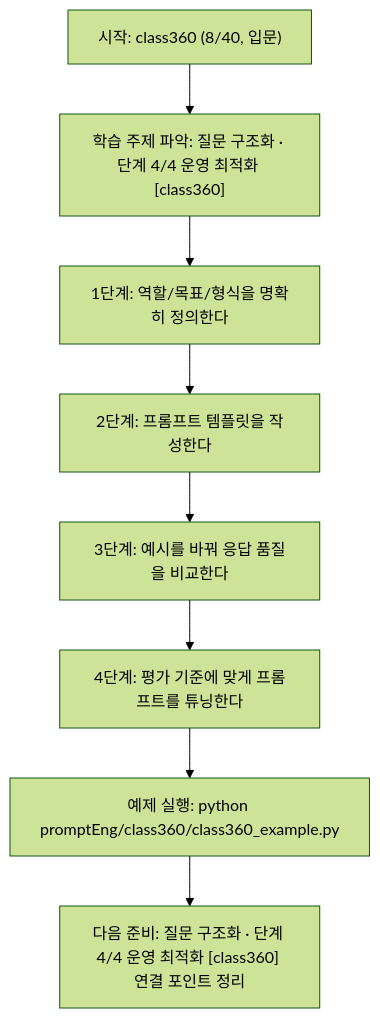
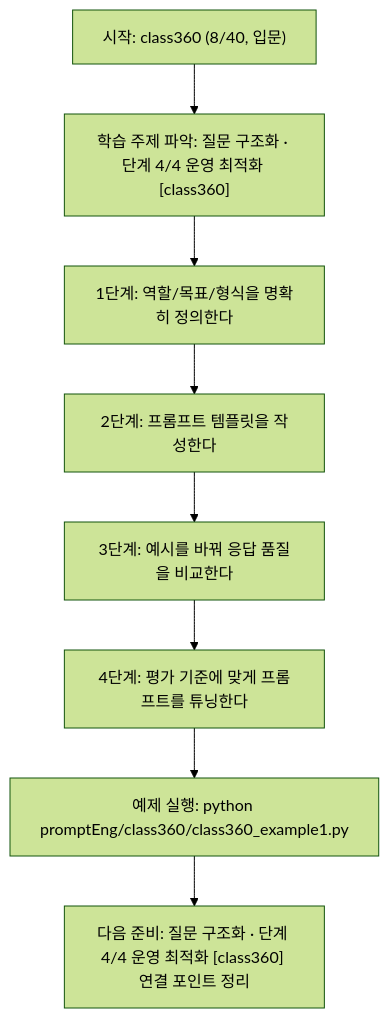
One commit to edumgt/Python-AI_Agent-Class changed the diagram in promptEng/class360/class360.md. Above: the diagram before and after it, drawn with Mermaid (forest theme). The commit also changed other lines of this file and 2959 other files, not shown here.

````diff
--- a/promptEng/class360/class360.md
+++ b/promptEng/class360/class360.md
@@ -109,18 +109,18 @@
 ```mermaid
 flowchart TD
 N1["시작: class360 (8/40, 입문)"]
 N2["학습 주제 파악: 질문 구조화 · 단계 4/4 운영 최적화 [class360]"]
 N3["1단계: 역할/목표/형식을 명확히 정의한다"]
 N4["2단계: 프롬프트 템플릿을 작성한다"]
 N5["3단계: 예시를 바꿔 응답 품질을 비교한다"]
 N6["4단계: 평가 기준에 맞게 프롬프트를 튜닝한다"]
-N7["예제 실행: python promptEng/class360/class360_example.py"]
+N7["예제 실행: python promptEng/class360/class360_example1.py"]
 N8["다음 준비: 질문 구조화 · 단계 4/4 운영 최적화 [class360] 연결 포인트 정리"]
 N1 --> N2
 N2 --> N3
 N3 --> N4
 N4 --> N5
 N5 --> N6
 N6 --> N7
 N7 --> N8
 ```
````
